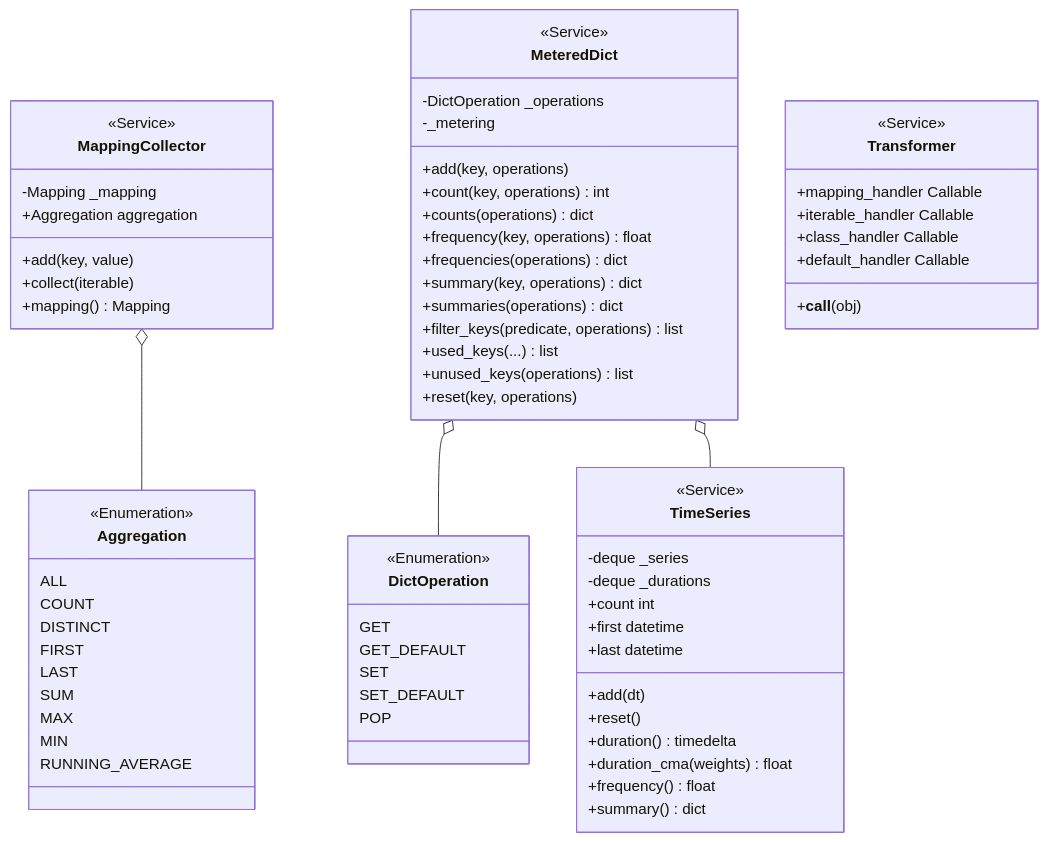
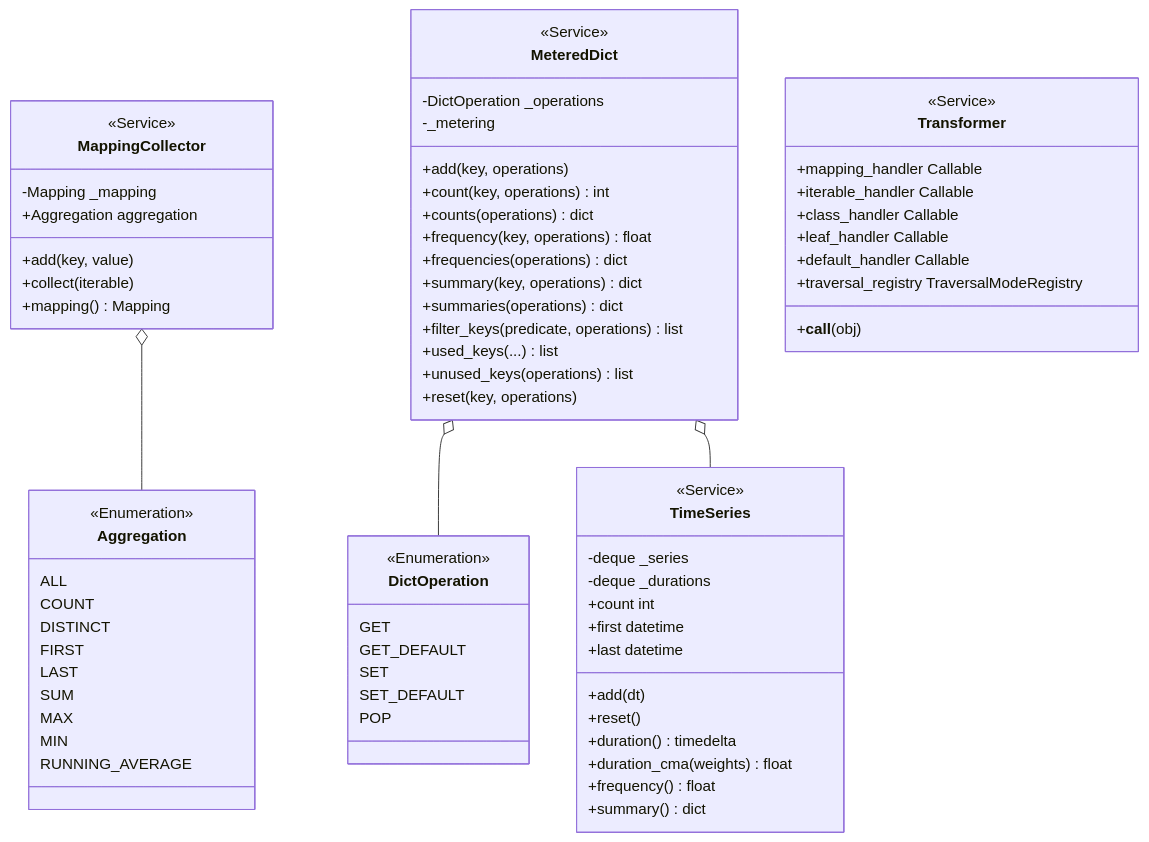
The diagram in docs/diagrams/class_diagram.md (erivlis/mappingtools), drawn with Mermaid before and after one commit. The commit also changed 3 other files, not shown here.

Commit message:
docs(transformers): Explains traversal mode overrides and leaf handler.

````diff
--- a/docs/diagrams/class_diagram.md
+++ b/docs/diagrams/class_diagram.md
@@ -1,78 +1,80 @@
 ```mermaid
 classDiagram
     class MappingCollector {
         <<Service>>
         -Mapping _mapping
         +Aggregation aggregation
         +add(key, value)
         +collect(iterable)
         +mapping() Mapping
     }
 
     class Aggregation {
         <<Enumeration>>
         ALL
         COUNT
         DISTINCT
         FIRST
         LAST
         SUM
         MAX
         MIN
         RUNNING_AVERAGE
     }
 
     class MeteredDict {
         <<Service>>
         -DictOperation _operations
         -_metering
         +add(key, operations)
         +count(key, operations) int
         +counts(operations) dict
         +frequency(key, operations) float
         +frequencies(operations) dict
         +summary(key, operations) dict
         +summaries(operations) dict
         +filter_keys(predicate, operations) list
         +used_keys(...) list
         +unused_keys(operations) list
         +reset(key, operations)
     }
 
     class DictOperation {
         <<Enumeration>>
         GET
         GET_DEFAULT
         SET
         SET_DEFAULT
         POP
     }
 
     class TimeSeries {
         <<Service>>
         -deque _series
         -deque _durations
         +count int
         +first datetime
         +last datetime
         +add(dt)
         +reset()
         +duration() timedelta
         +duration_cma(weights) float
         +frequency() float
         +summary() dict
     }
 
     class Transformer {
         <<Service>>
         +mapping_handler Callable
         +iterable_handler Callable
         +class_handler Callable
+        +leaf_handler Callable
         +default_handler Callable
+        +traversal_registry TraversalModeRegistry
         +__call__(obj)
     }
 
     MappingCollector o-- Aggregation
     MeteredDict o-- DictOperation
     MeteredDict o-- TimeSeries
 ```
````
